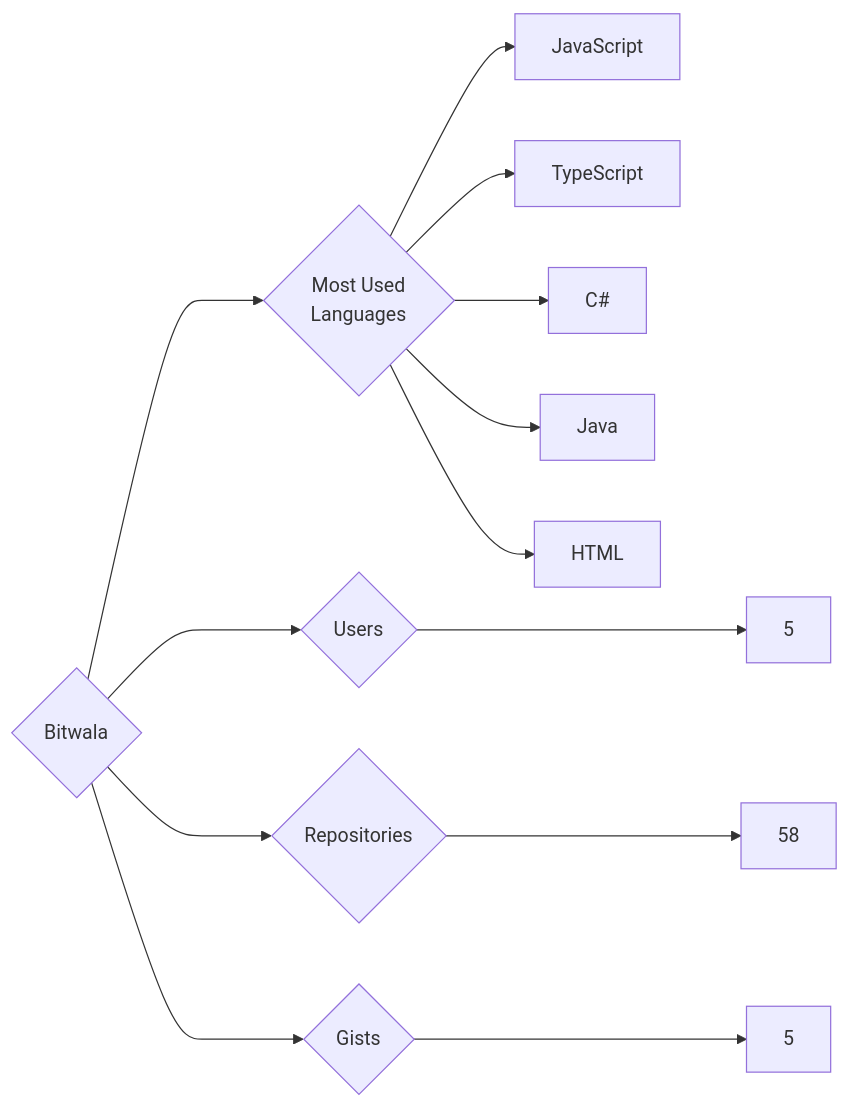
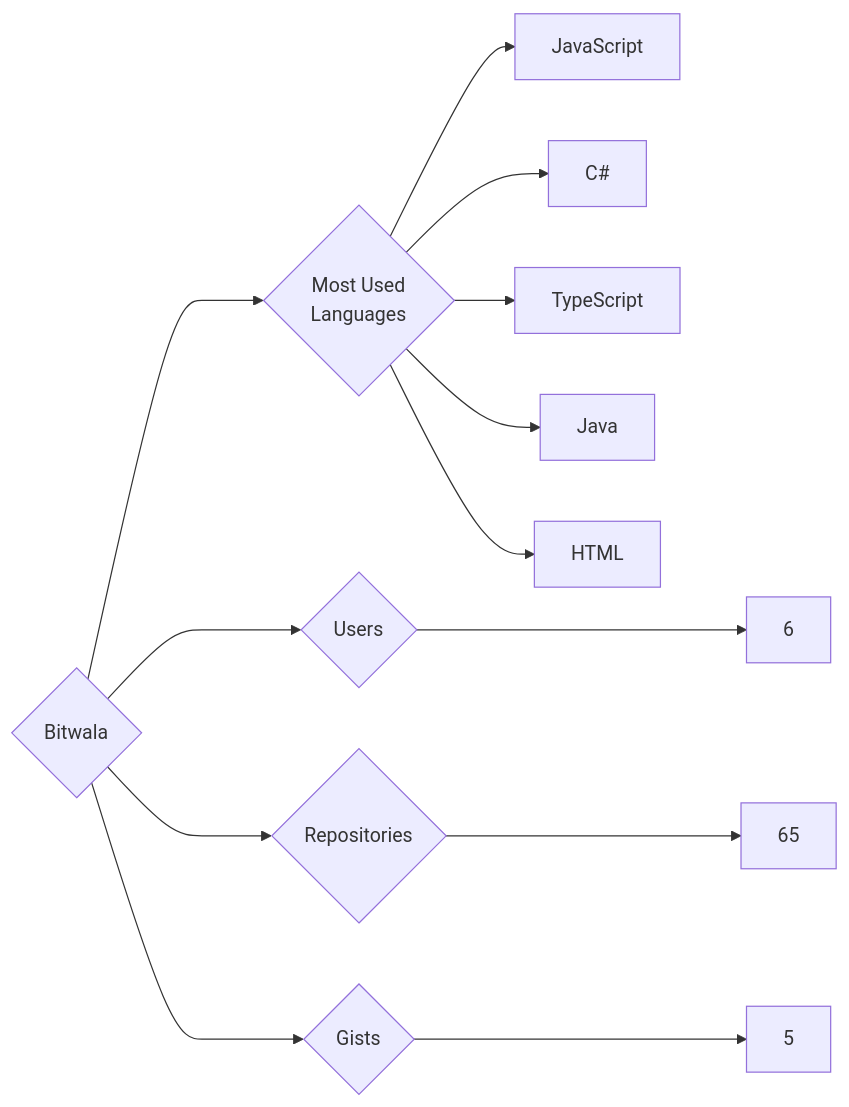
One commit to trickest/insiders changed the diagram in targets/Bitwala/README.md. Above: the diagram before and after it, drawn with Mermaid. The commit also changed 938 other files, not shown here.

````diff
--- a/targets/Bitwala/README.md
+++ b/targets/Bitwala/README.md
@@ -3,13 +3,13 @@
 ```mermaid
 graph LR
 COMPANY_NAME{Bitwala}
-COMPANY_NAME ---> U{Users} ---> UN[5]
-COMPANY_NAME ---> R{Repositories} ---> RN[58]
+COMPANY_NAME ---> U{Users} ---> UN[6]
+COMPANY_NAME ---> R{Repositories} ---> RN[65]
 COMPANY_NAME ---> G{Gists} ---> GN[5]
 COMPANY_NAME ---> ML{Most Used<br>Languages}
 ML --> JavaScript[JavaScript]
+ML --> C#[C#]
 ML --> TypeScript[TypeScript]
-ML --> C#[C#]
 ML --> Java[Java]
 ML --> HTML[HTML]
 ```
````
